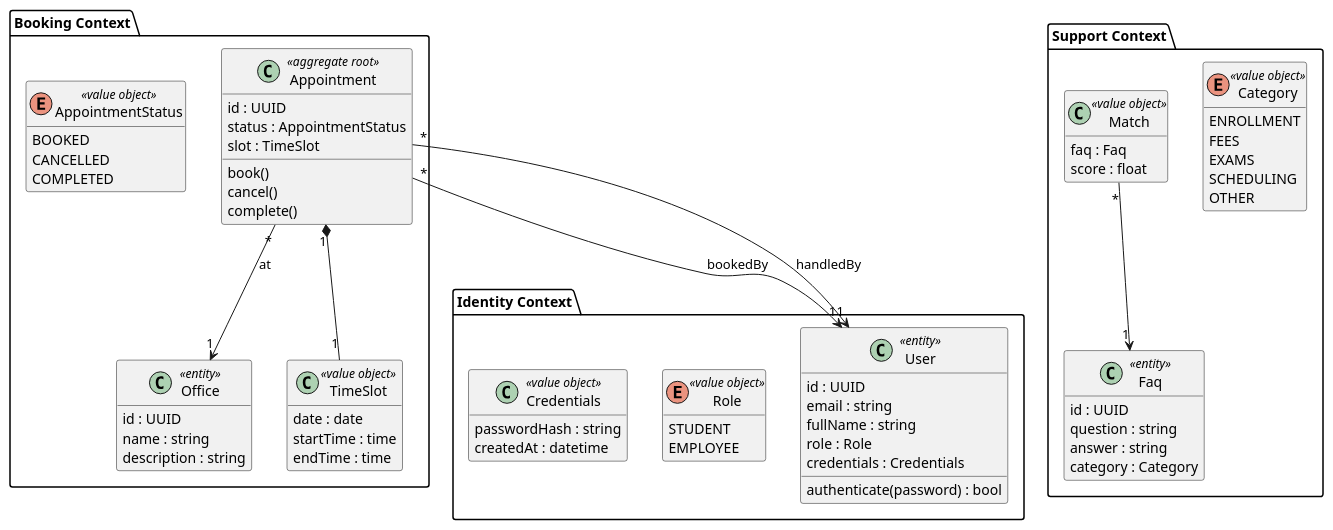
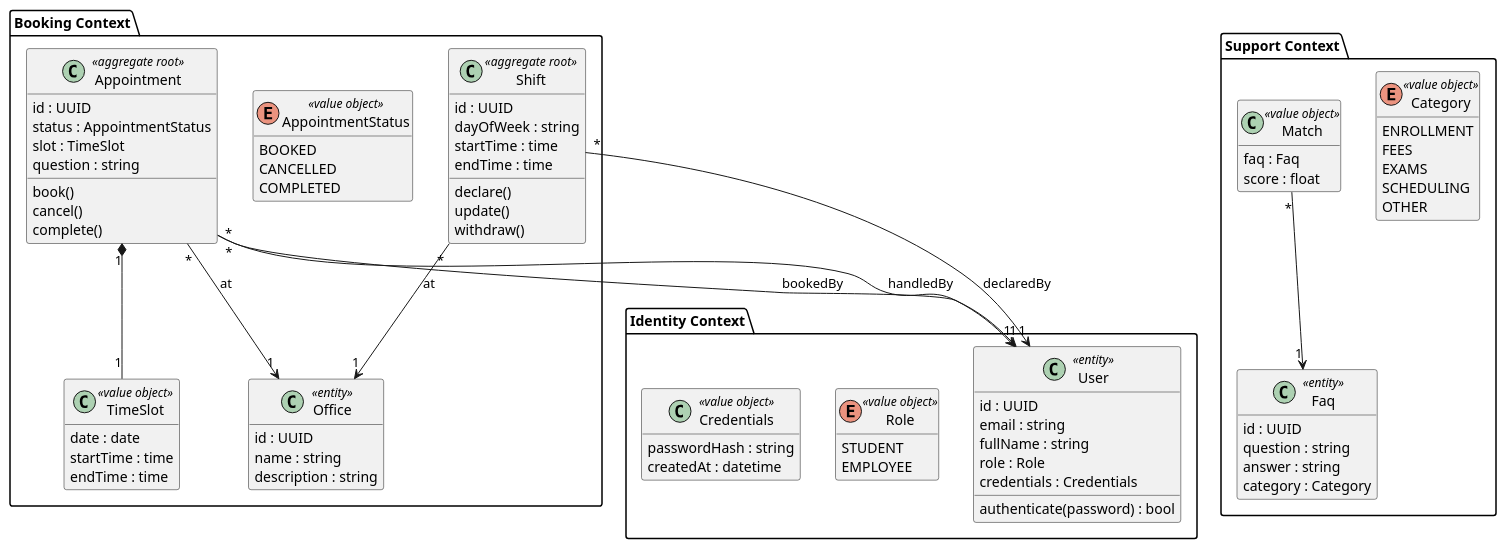
One commit to unibo-dtm-se-2526-PRONTO/report changed the diagram in sections/03-design/assets/class-diagram.puml. Above: the diagram before and after it, drawn with PlantUML. The commit also changed 9 other files, not shown here.

```diff
--- a/sections/03-design/assets/class-diagram.puml
+++ b/sections/03-design/assets/class-diagram.puml
@@ -1,83 +1,96 @@
 @startuml class-diagram
 skinparam classAttributeIconSize 0
 hide empty members
 
 
 package "Identity Context" {
   class User <<entity>> {
     id : UUID
     email : string
     fullName : string
     role : Role
     credentials : Credentials
     authenticate(password) : bool
   }
 
   enum Role <<value object>> {
     STUDENT
     EMPLOYEE
     }
     
   class Credentials <<value object>> {
     passwordHash : string
     createdAt : datetime
   }
 }
 
 package "Booking Context" {
   class Appointment <<aggregate root>> {
     id : UUID
     status : AppointmentStatus
     slot : TimeSlot
+    question : string
     book()
     cancel()
     complete()
   }
 
   class Office <<entity>> {
     id : UUID
     name : string
     description : string
   }
 
   class TimeSlot <<value object>> {
     date : date
     startTime : time
     endTime : time
   }
 
   enum AppointmentStatus <<value object>> {
     BOOKED
     CANCELLED
     COMPLETED
+  }
+
+  class Shift <<aggregate root>> {
+    id : UUID
+    dayOfWeek : string
+    startTime : time
+    endTime : time
+    declare()
+    update()
+    withdraw()
   }
 }
 
 package "Support Context" {
   class Faq <<entity>> {
     id : UUID
     question : string
     answer : string
     category : Category
   }
 
   enum Category <<value object>> {
     ENROLLMENT
     FEES
     EXAMS
     SCHEDULING
     OTHER
   }
 
   class Match <<value object>> {
     faq : Faq
     score : float
   }
 }
 
 Appointment "1" *-- "1" TimeSlot
 Appointment "*" --> "1" Office : at
 Appointment "*" --> "1" User : bookedBy
 Appointment "*" --> "1" User : handledBy
+Shift "*" --> "1" User : declaredBy
+Shift "*" --> "1" Office : at
 Match "*" --> "1" Faq
 @enduml
```
